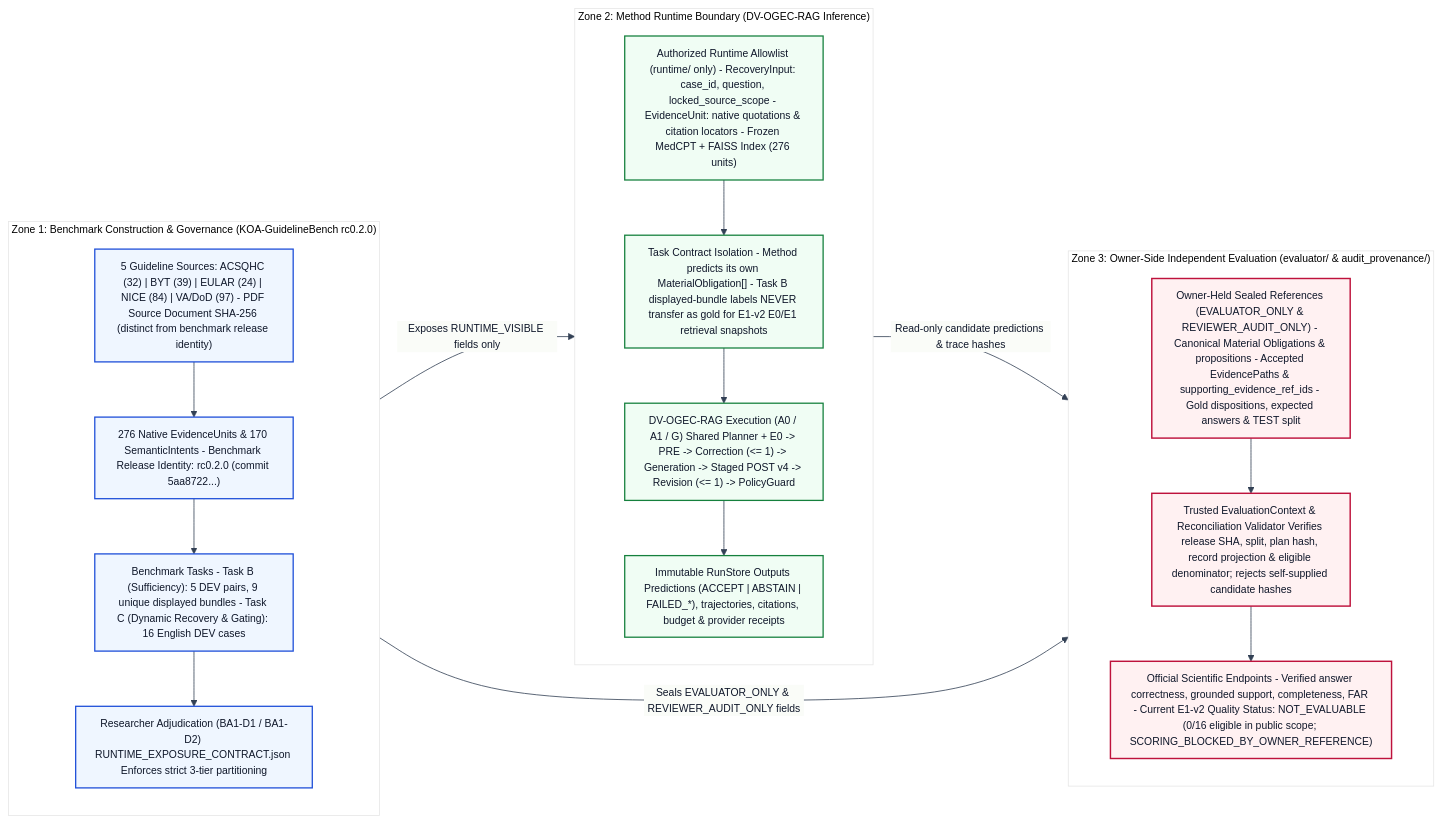
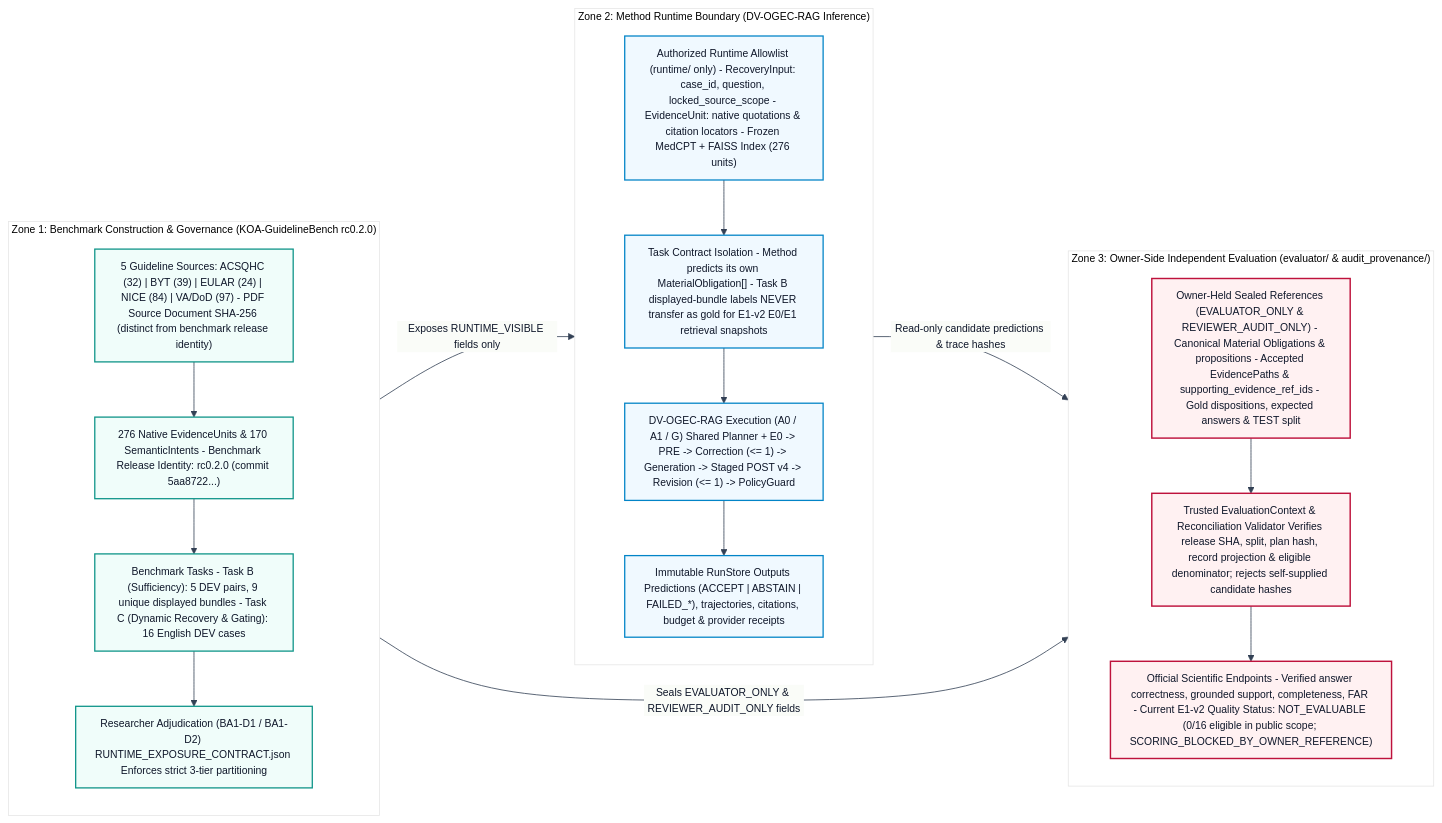
The diagram in assets/diagrams/04-benchmark-evaluation-boundary.mmd (KwanFam26022005/KOA-Agentic-RAG-System), drawn with Mermaid before and after one commit. The commit also changed 9 other files, not shown here.

First line of the commit message:
style(diagrams): apply clinical medical journal palette and eliminate all overlapping connectors

```diff
--- a/assets/diagrams/04-benchmark-evaluation-boundary.mmd
+++ b/assets/diagrams/04-benchmark-evaluation-boundary.mmd
@@ -1,39 +1,39 @@
 %%{init: {'theme': 'base', 'themeVariables': {'background': '#ffffff', 'primaryColor': '#f8fafc', 'primaryTextColor': '#0f172a', 'primaryBorderColor': '#475569', 'lineColor': '#334155', 'fontFamily': 'Inter, Segoe UI, Arial, sans-serif', 'fontSize': '13px'}, 'flowchart': {'curve': 'basis', 'nodeSpacing': 30, 'rankSpacing': 44, 'padding': 12}}}%%
 flowchart LR
   subgraph ZONE1["Zone 1: Benchmark Construction & Governance (KOA-GuidelineBench rc0.2.0)"]
     direction TB
     Z1_G["5 Guideline Sources: ACSQHC (32) | BYT (39) | EULAR (24) | NICE (84) | VA/DoD (97) - PDF Source Document SHA-256 (distinct from benchmark release identity)"]
     Z1_EU["276 Native EvidenceUnits & 170 SemanticIntents - Benchmark Release Identity: rc0.2.0 (commit 5aa8722...)"]
     Z1_TASKS["Benchmark Tasks - Task B (Sufficiency): 5 DEV pairs, 9 unique displayed bundles - Task C (Dynamic Recovery & Gating): 16 English DEV cases"]
     Z1_ADJ["Researcher Adjudication (BA1-D1 / BA1-D2) RUNTIME_EXPOSURE_CONTRACT.json Enforces strict 3-tier partitioning"]
     Z1_G --> Z1_EU --> Z1_TASKS --> Z1_ADJ
   end
 
   subgraph ZONE2["Zone 2: Method Runtime Boundary (DV-OGEC-RAG Inference)"]
     direction TB
     Z2_ALLOW["Authorized Runtime Allowlist (runtime/ only) - RecoveryInput: case_id, question, locked_source_scope - EvidenceUnit: native quotations & citation locators - Frozen MedCPT + FAISS Index (276 units)"]
     Z2_NOTE["Task Contract Isolation - Method predicts its own MaterialObligation[] - Task B displayed-bundle labels NEVER transfer as gold for E1-v2 E0/E1 retrieval snapshots"]
     Z2_EXEC["DV-OGEC-RAG Execution (A0 / A1 / G) Shared Planner + E0 -> PRE -> Correction (<= 1) -> Generation -> Staged POST v4 -> Revision (<= 1) -> PolicyGuard"]
     Z2_STORE["Immutable RunStore Outputs Predictions (ACCEPT | ABSTAIN | FAILED_*), trajectories, citations, budget & provider receipts"]
     Z2_ALLOW --> Z2_NOTE --> Z2_EXEC --> Z2_STORE
   end
 
   subgraph ZONE3["Zone 3: Owner-Side Independent Evaluation (evaluator/ & audit_provenance/)"]
     direction TB
     Z3_HOLD["Owner-Held Sealed References (EVALUATOR_ONLY & REVIEWER_AUDIT_ONLY) - Canonical Material Obligations & propositions - Accepted EvidencePaths & supporting_evidence_ref_ids - Gold dispositions, expected answers & TEST split"]
     Z3_RECON["Trusted EvaluationContext & Reconciliation Validator Verifies release SHA, split, plan hash, record projection & eligible denominator; rejects self-supplied candidate hashes"]
     Z3_METRICS["Official Scientific Endpoints - Verified answer correctness, grounded support, completeness, FAR - Current E1-v2 Quality Status: NOT_EVALUABLE (0/16 eligible in public scope; SCORING_BLOCKED_BY_OWNER_REFERENCE)"]
     Z3_HOLD --> Z3_RECON --> Z3_METRICS
   end
 
   Z1_ADJ -->|"Exposes RUNTIME_VISIBLE fields only"| Z2_ALLOW
   Z1_ADJ -->|"Seals EVALUATOR_ONLY & REVIEWER_AUDIT_ONLY fields"| Z3_HOLD
   Z2_STORE -->|"Read-only candidate predictions & trace hashes"| Z3_RECON
 
-  classDef z1 fill:#eff6ff,stroke:#1d4ed8,stroke-width:1.6px,color:#0f172a;
-  classDef z2 fill:#f0fdf4,stroke:#15803d,stroke-width:1.6px,color:#0f172a;
+  classDef z1 fill:#f0fdfa,stroke:#0d9488,stroke-width:1.6px,color:#0f172a;
+  classDef z2 fill:#f0f9ff,stroke:#0284c7,stroke-width:1.6px,color:#0f172a;
   classDef z3 fill:#fff1f2,stroke:#be123c,stroke-width:1.8px,color:#0f172a;
 
   class Z1_G,Z1_EU,Z1_TASKS,Z1_ADJ z1;
   class Z2_ALLOW,Z2_NOTE,Z2_EXEC,Z2_STORE z2;
   class Z3_HOLD,Z3_RECON,Z3_METRICS z3;
```
